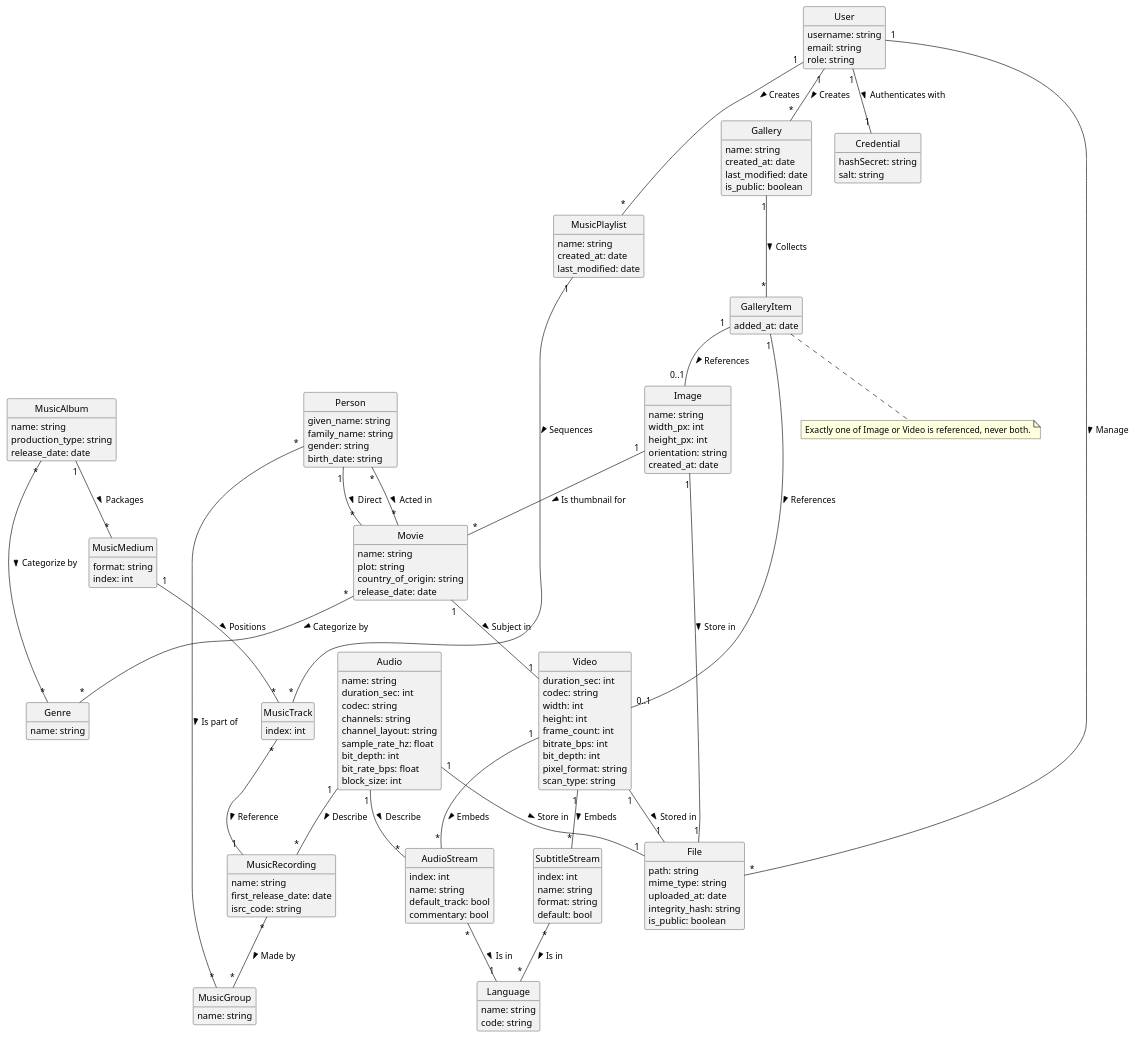
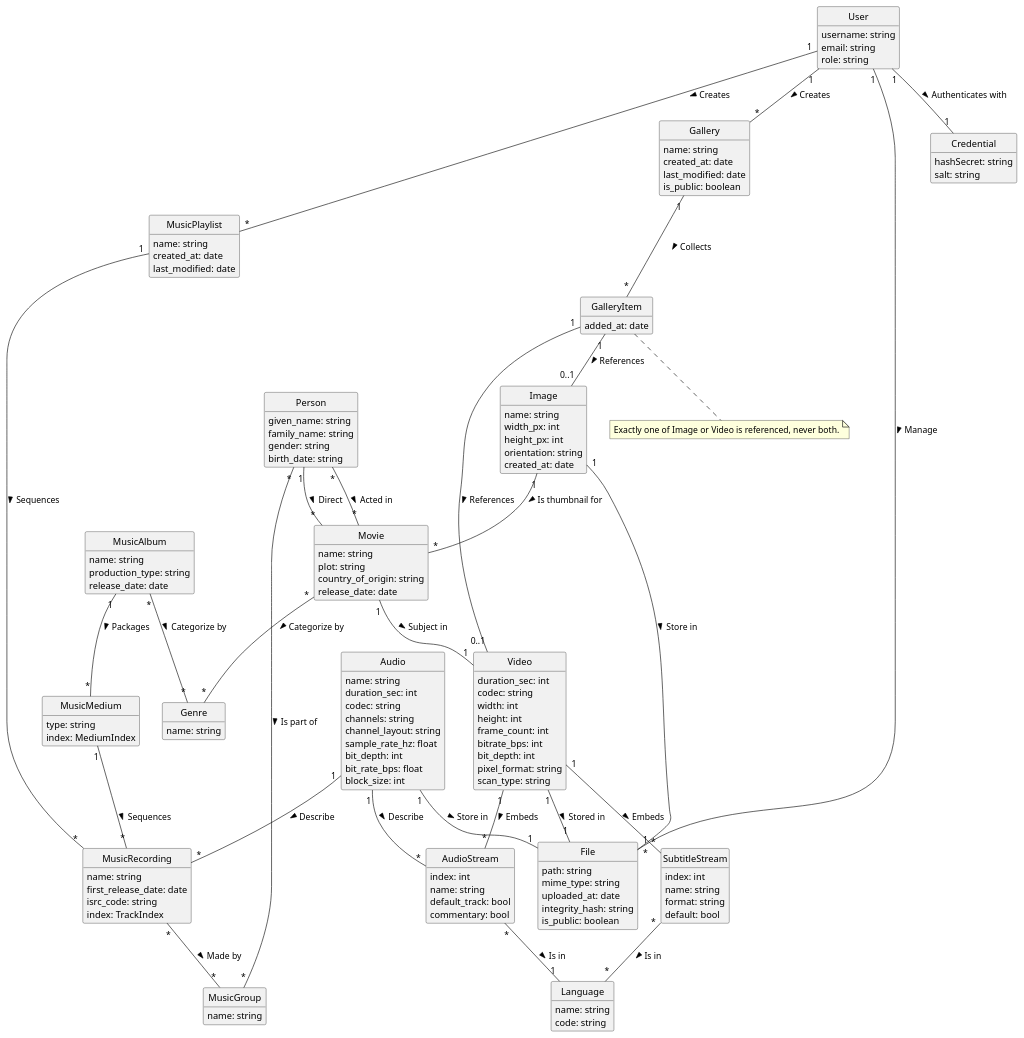
Before and after one commit to Mnemorium/mnemorium: the first of 2 diagrams in docs/development/Overview.md, drawn with PlantUML. The commit also changed other lines of this file and 43 other files, not shown here.

Commit message:
refactor(api): rework music track identity around the medium (#305)

```diff
--- a/docs/development/Overview.md
+++ b/docs/development/Overview.md
@@ -146,6 +146,7 @@
   name: string
   first_release_date: date
   isrc_code: string
+  index: TrackIndex
 }
 
 class MusicGroup {
@@ -159,12 +160,8 @@
 }
 
 class MusicMedium {
-  format: string
-  index: int
-}
-
-class MusicTrack {
-  index: int
+  type: string
+  index: MediumIndex
 }
 
 
@@ -286,11 +283,9 @@
 MusicAlbum "1" -- "*" MusicMedium : Packages >
 MusicAlbum "*" -- "*" Genre: Categorize by >
 
-MusicMedium "1" -- "*" MusicTrack : Positions >
+MusicMedium "1" -- "*" MusicRecording : Sequences >
 
-MusicPlaylist "1" -- "*" MusicTrack : Sequences >
-
-MusicTrack "*" -- "1" MusicRecording : Reference >
+MusicPlaylist "1" -- "*" MusicRecording : Sequences >
 
 MusicRecording "*" -- "*" MusicGroup: Made by >
 
```
